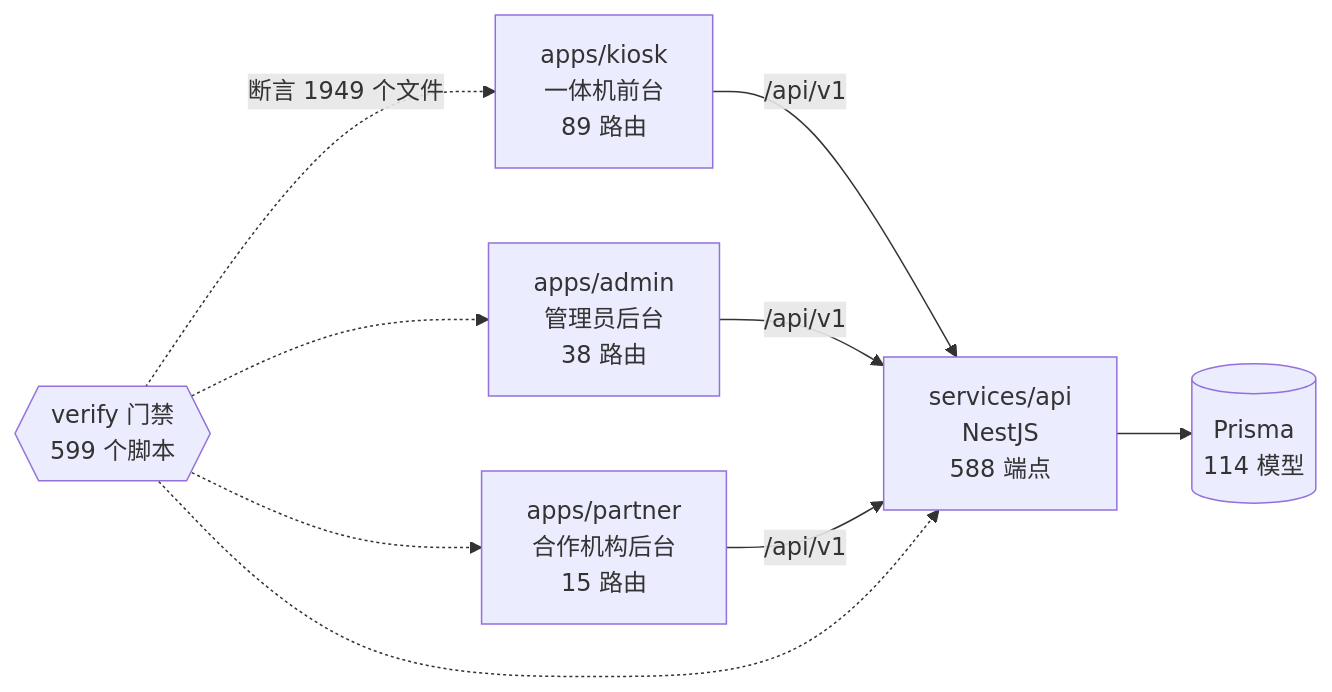
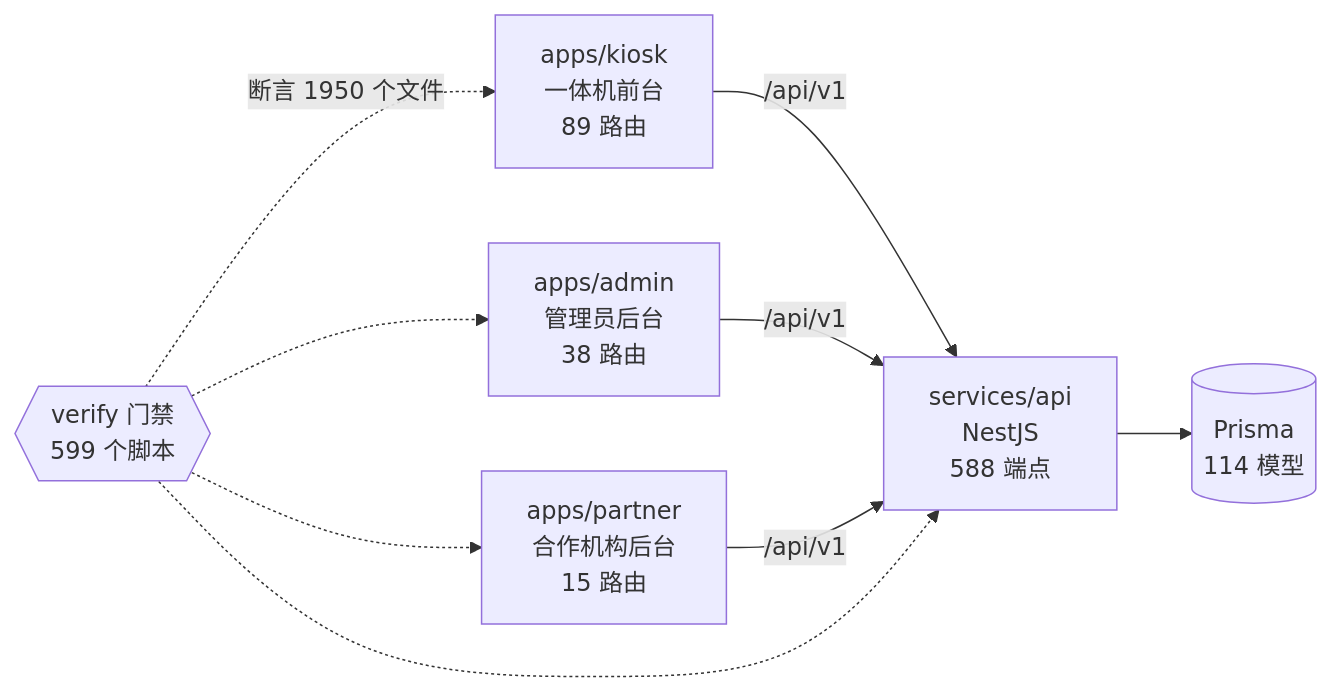
One commit to wanglei581/YITIJI changed the diagram in docs/graph/README.md. Above: the diagram before and after it, drawn with Mermaid. The commit also changed other lines of this file and 13 other files, not shown here.

````diff
--- a/docs/graph/README.md
+++ b/docs/graph/README.md
@@ -68,18 +68,18 @@
 ```mermaid
 flowchart LR
   kiosk["apps/kiosk<br/>一体机前台<br/>89 路由"]
   admin["apps/admin<br/>管理员后台<br/>38 路由"]
   partner["apps/partner<br/>合作机构后台<br/>15 路由"]
   api["services/api<br/>NestJS<br/>588 端点"]
   db[("Prisma<br/>114 模型")]
   gates{{"verify 门禁<br/>599 个脚本"}}
 
   kiosk -->|"/api/v1"| api
   admin -->|"/api/v1"| api
   partner -->|"/api/v1"| api
   api --> db
-  gates -.->|"断言 1949 个文件"| kiosk
+  gates -.->|"断言 1950 个文件"| kiosk
   gates -.-> admin
   gates -.-> partner
   gates -.-> api
 ```
````
